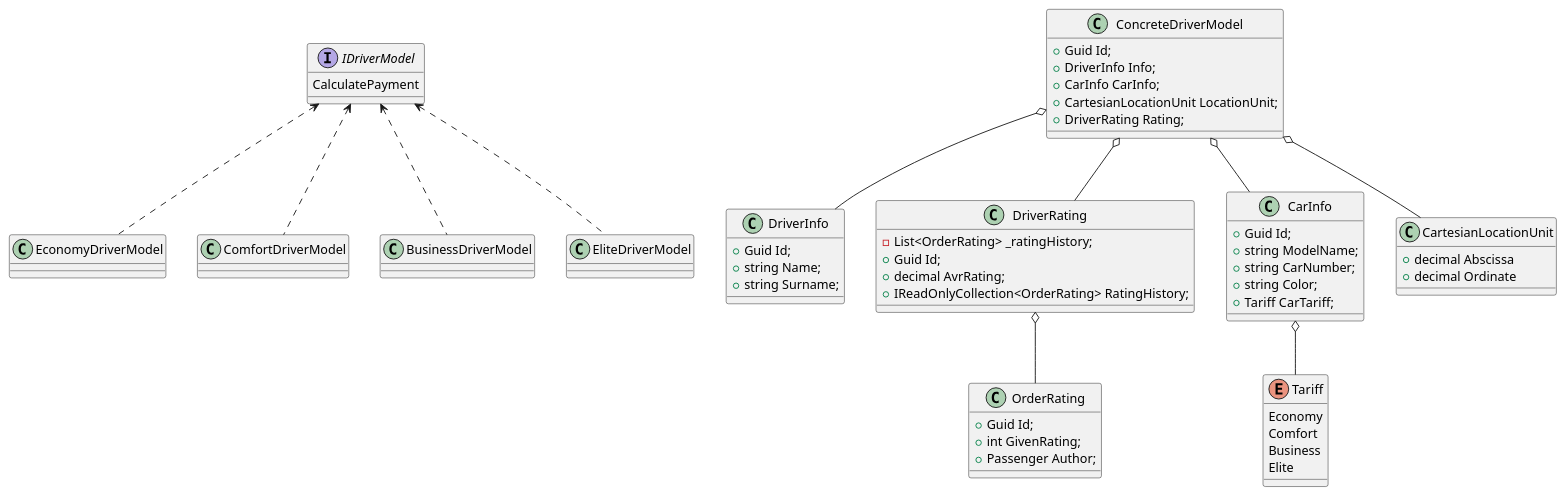
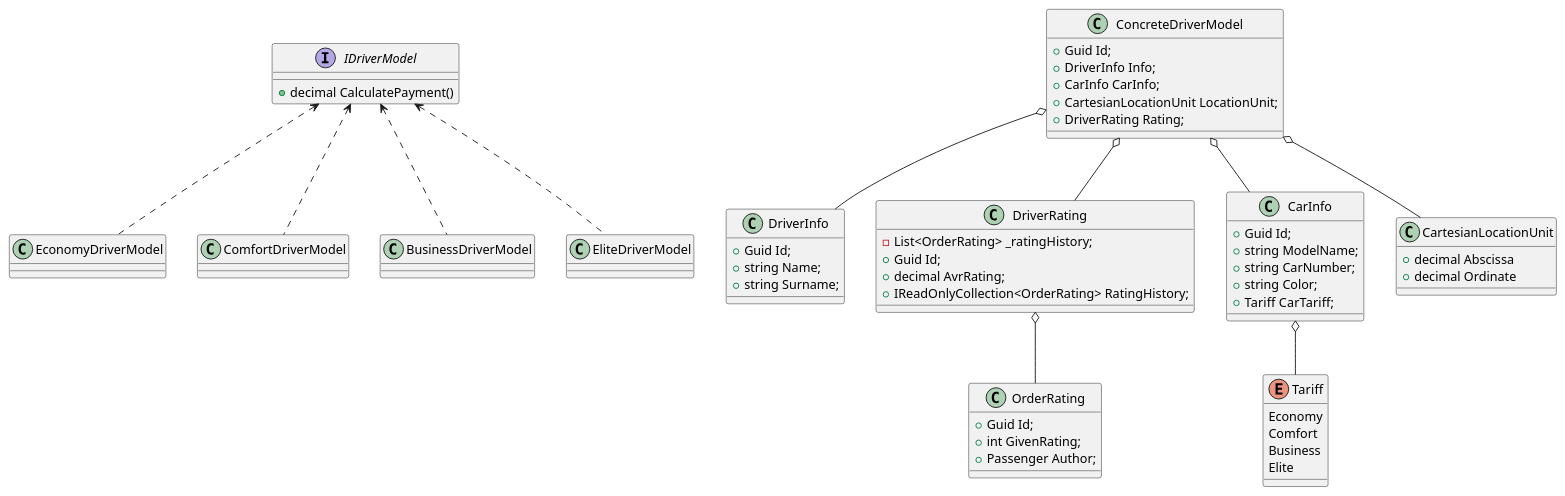
The diagram in Docs/DriverModelScheme.puml (is-oop-y24/Pig-n-Go), drawn with PlantUML before and after one commit.

Commit message:
docs: changed return type in DriverModelScheme

```diff
--- a/Docs/DriverModelScheme.puml
+++ b/Docs/DriverModelScheme.puml
@@ -1,82 +1,82 @@
 @startuml
 'https://plantuml.com/class-diagram
 
 interface IDriverModel
 {
-    CalculatePayment
+    +decimal CalculatePayment()
 }
 
 class EconomyDriverModel
 class ComfortDriverModel
 class BusinessDriverModel
 class EliteDriverModel
 
 IDriverModel <.. EconomyDriverModel
 IDriverModel <.. ComfortDriverModel
 IDriverModel <.. BusinessDriverModel
 IDriverModel <.. EliteDriverModel
 
 class ConcreteDriverModel
 {
     +Guid Id;
     +DriverInfo Info;
     +CarInfo CarInfo;
     +CartesianLocationUnit LocationUnit;
     +DriverRating Rating;
 }
 
 class DriverInfo
 {
     +Guid Id;
     +string Name;
     +string Surname;
 }
 
 class DriverRating
 { 
     -List<OrderRating> _ratingHistory;
     +Guid Id;
     +decimal AvrRating;
     +IReadOnlyCollection<OrderRating> RatingHistory;
 }
 
 class OrderRating
 {
     +Guid Id;
     +int GivenRating;
     +Passenger Author;
 }
 
 class CarInfo
 {
     +Guid Id;
     +string ModelName;
     +string CarNumber;
     +string Color;
     +Tariff CarTariff;
 }
 
 class CartesianLocationUnit
 {
     +decimal Abscissa
     +decimal Ordinate
 }
 
 enum Tariff
 {
     Economy
     Comfort
     Business
     Elite
 }
 
 ConcreteDriverModel o-- DriverRating
 ConcreteDriverModel o-- DriverInfo
 ConcreteDriverModel o-- CarInfo
 ConcreteDriverModel o-- CartesianLocationUnit
 
 DriverRating o-- OrderRating
 
 CarInfo o-- Tariff
 
 @enduml
```
